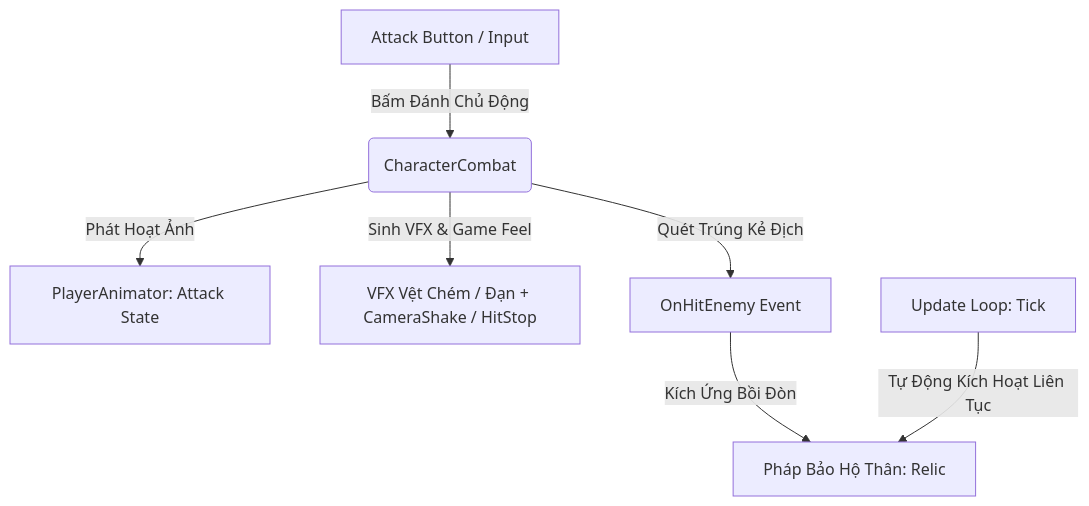
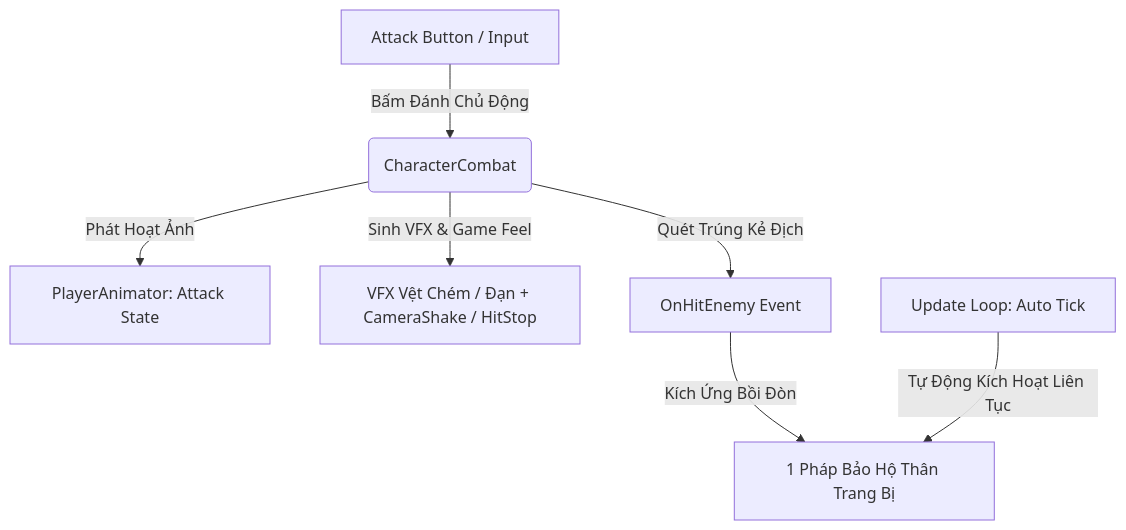
The diagram in Assets/Features/Weapons/WEAPON_SYSTEM_DOC.md (thuongtran1210/Projectzombie), drawn with Mermaid before and after one commit. The commit also changed other lines of this file and 9 other files, not shown here.

Commit message:
feat: implement weapon system architecture with documentation, editor generators, and initial UI loadout support

````diff
--- a/Assets/Features/Weapons/WEAPON_SYSTEM_DOC.md
+++ b/Assets/Features/Weapons/WEAPON_SYSTEM_DOC.md
@@ -11,9 +11,9 @@
 ```mermaid
 graph TD
     A[Attack Button / Input] -->|Bấm Đánh Chủ Động| B(CharacterCombat)
     B -->|Phát Hoạt Ảnh| C[PlayerAnimator: Attack State]
     B -->|Sinh VFX & Game Feel| D[VFX Vệt Chém / Đạn + CameraShake / HitStop]
     B -->|Quét Trúng Kẻ Địch| E[OnHitEnemy Event]
-    E -->|Kích Ứng Bồi Đòn| F[Pháp Bảo Hộ Thân: Relic]
-    G[Update Loop: Tick] -->|Tự Động Kích Hoạt Liên Tục| F
+    E -->|Kích Ứng Bồi Đòn| F[1 Pháp Bảo Hộ Thân Trang Bị]
+    G[Update Loop: Auto Tick] -->|Tự Động Kích Hoạt Liên Tục| F
 ```
````
